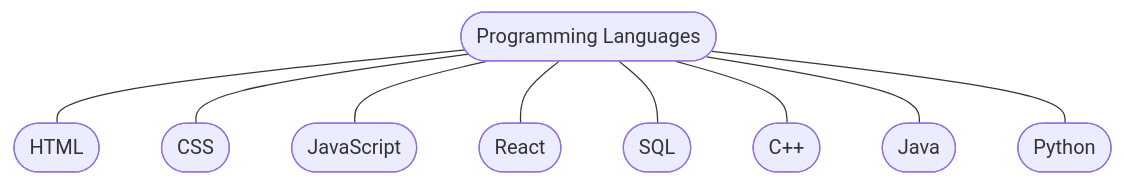
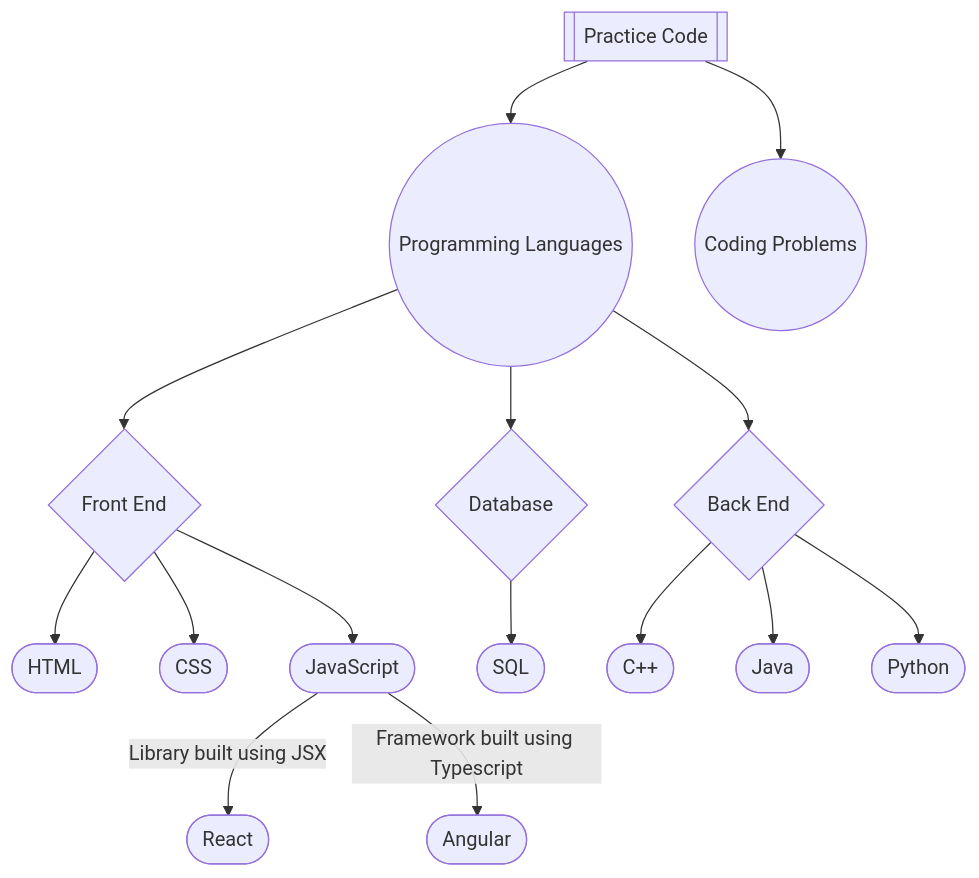
Before and after one commit to Curious-Yu/practice_code: the diagram in README.md, drawn with Mermaid. The commit also changed other lines of this file, not shown here.

````diff
--- a/README.md
+++ b/README.md
@@ -9,22 +3,38 @@
 ```mermaid
 graph TD;
-    A([Programming Languages])---B([HTML]);
-    A([Programming Languages])---C([CSS]);
-    A([Programming Languages])---D([JavaScript]);
-    A([Programming Languages])---E([React]);
-    A([Programming Languages])---F([SQL]);
-    A([Programming Languages])---G([C++]);
-    A([Programming Languages])---H([Java]);
-    A([Programming Languages])---I([Python]);
+
+    A1[[Practice Code]]-->B1((Programming Languages));
+    A1-->B2((Coding Problems));
     
+    B1-->C1{Front End};
+    B1-->C2{Database};
+    B1-->C3{Back End};
     
-    click B "https://github.com/Curious-Yu/practice_code/wiki/HTML" "Open this in a new tab" _blank
-    click C "https://github.com/Curious-Yu/practice_code/wiki/CSS" "Open this in a new tab" _blank
-    click D "https://github.com/Curious-Yu/practice_code/wiki/JavaScript" "Open this in a new tab" _blank
-    click E "https://github.com/Curious-Yu/practice_code/wiki/React" "Open this in a new tab" _blank
-    click F "https://github.com/Curious-Yu/practice_code/wiki/SQL" "Open this in a new tab" _blank
-    click G "https://github.com/Curious-Yu/practice_code/wiki/C_plus_plus" "Open this in a new tab" _blank
-    click H "https://github.com/Curious-Yu/practice_code/wiki/Java" "Open this in a new tab" _blank
-    click I "https://github.com/Curious-Yu/practice_code/wiki/Python" "Open this in a new tab" _blank
+
+    C1-->D1([HTML]);
+    C1-->D2([CSS]);
+    C1-->D3([JavaScript]);
+    
+    D3-- Library built using JSX -->E1([React]);
+    D3-- Framework built using Typescript -->E2([Angular]);
+    
+    C2-->D4([SQL]);
+    
+    C3-->D5([C++]);
+    C3-->D6([Java]);
+    C3-->D7([Python]);
+    
+    click A1 "https://github.com/Curious-Yu/practice_code" _blank
+    
+    click B2 "https://github.com/Curious-Yu/practice_code/wiki/Coding-Problems" _blank
+    
+    click D1 "https://github.com/Curious-Yu/practice_code/wiki/HTML" _blank
+    click D2 "https://github.com/Curious-Yu/practice_code/wiki/CSS" _blank
+    click D3 "https://github.com/Curious-Yu/practice_code/wiki/JavaScript" _blank
+    click E1 "https://github.com/Curious-Yu/practice_code/wiki/React" _blank
+    click D4 "https://github.com/Curious-Yu/practice_code/wiki/SQL" _blank
+    click D5 "https://github.com/Curious-Yu/practice_code/wiki/C_plus_plus" _blank
+    click D6 "https://github.com/Curious-Yu/practice_code/wiki/Java" _blank
+    click D7 "https://github.com/Curious-Yu/practice_code/wiki/Python" _blank
     
 ```
````
